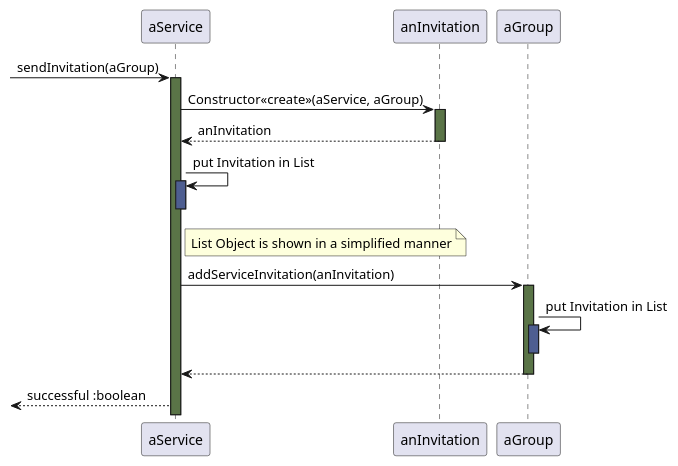
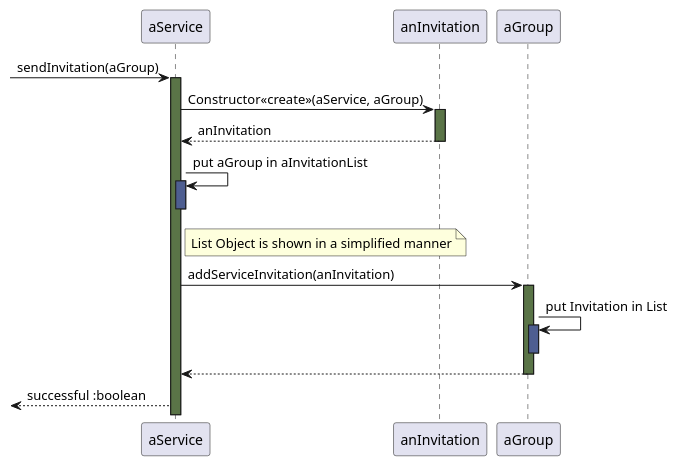
The diagram in doc/serviceinvitation.puml (sesogr/auth-share), drawn with PlantUML before and after one commit. The commit also changed 3 other files, not shown here.

Commit message:
add changes in the architecture and serviceinvitation puml, and will have comments for the expected exceptions

```diff
--- a/doc/serviceinvitation.puml
+++ b/doc/serviceinvitation.puml
@@ -1,25 +1,25 @@
 @startuml
 
 -> aService: sendInvitation(aGroup)
 activate aService #5a7447ff
 aService -> anInvitation: Constructor<<create>>(aService, aGroup)
 activate anInvitation #5a7447ff
 aService <-- anInvitation: anInvitation
 deactivate anInvitation
-aService -> aService: put Invitation in List
+aService -> aService: put aGroup in aInvitationList
 note right of aService
 List Object is shown in a simplified manner
 end note
 activate aService #4e5e91ff
 deactivate aService
 aService -> aGroup: addServiceInvitation(anInvitation)
 activate aGroup #5a7447ff
 aGroup -> aGroup:  put Invitation in List
 activate aGroup #4e5e91ff
 deactivate aGroup
 aService <-- aGroup
 deactivate aGroup
 <-- aService: successful :boolean
     
 
 @enduml
```
